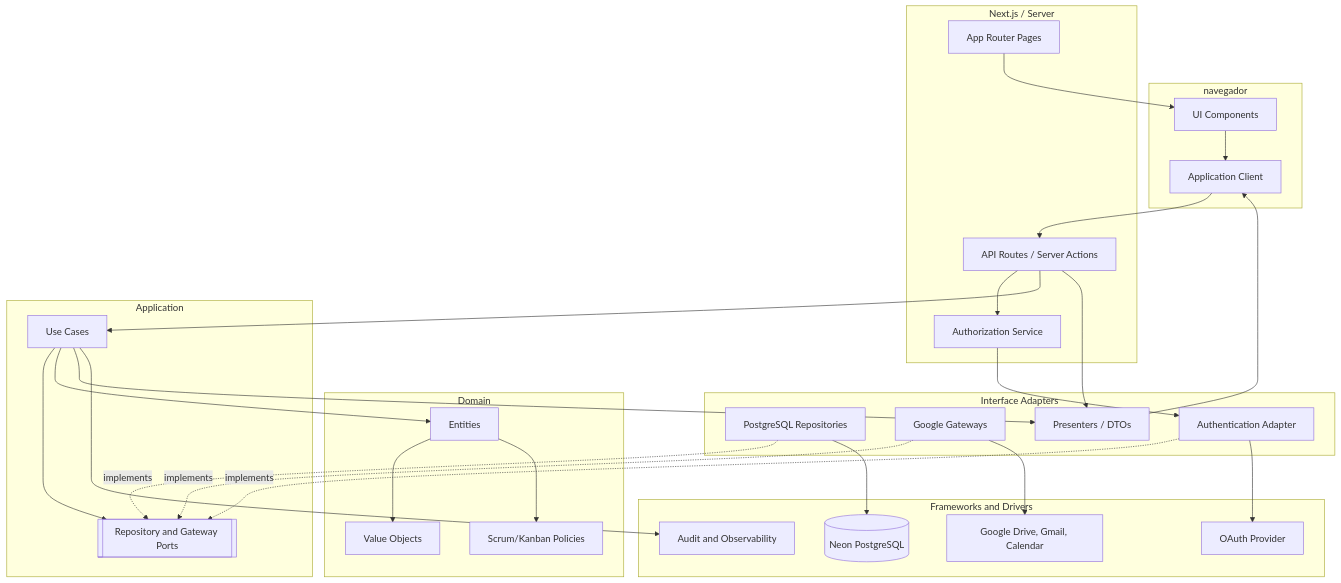
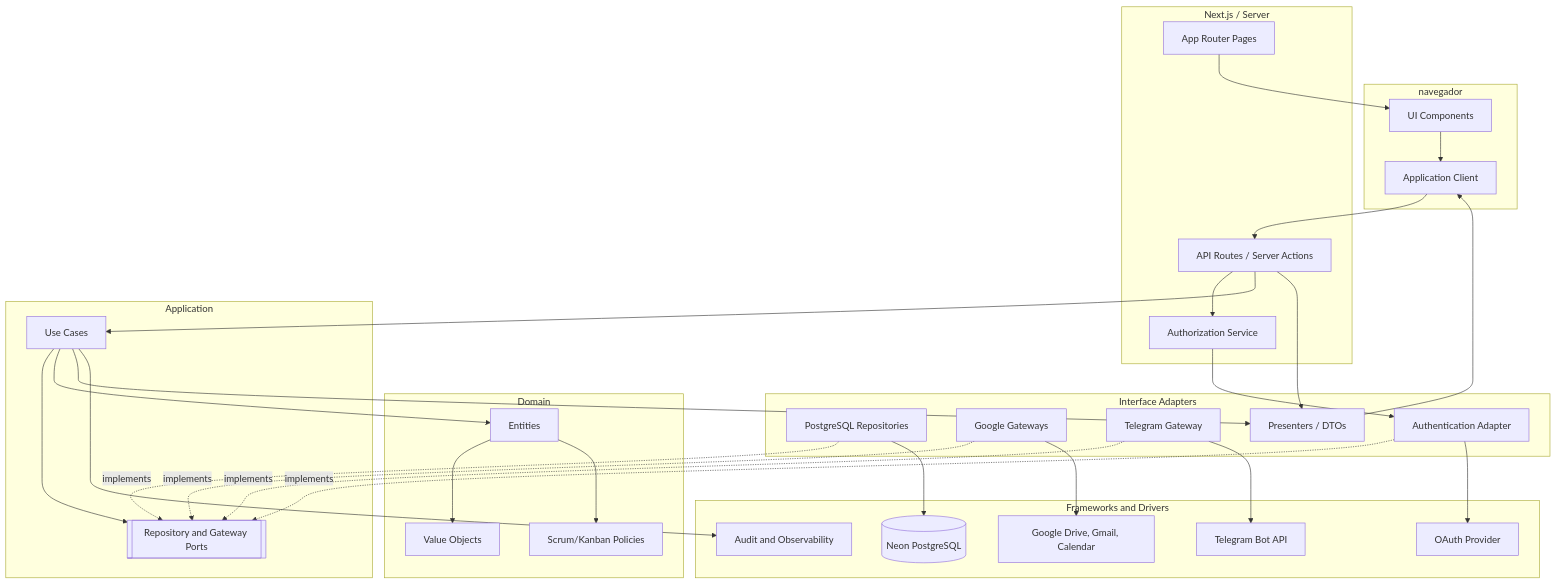
The first of 4 diagrams in docs/especificao-de-software/10-diagrama-de-componentes.md (LuHenRe/PETBSI-SCRUM), drawn with Mermaid before and after one commit. The commit also changed other lines of this file and 13 other files, not shown here.

````diff
--- a/docs/especificao-de-software/10-diagrama-de-componentes.md
+++ b/docs/especificao-de-software/10-diagrama-de-componentes.md
@@ -32,59 +34,63 @@
 ```mermaid
 flowchart TB
     subgraph Browser[ navegador ]
         UI[UI Components]
         Client[Application Client]
     end
 
     subgraph Next[Next.js / Server]
         Pages[App Router Pages]
         Routes[API Routes / Server Actions]
         Auth[Authorization Service]
     end
 
     subgraph App[Application]
         UseCases[Use Cases]
         Ports[[Repository and Gateway Ports]]
     end
 
     subgraph Domain[Domain]
         Entities[Entities]
         Values[Value Objects]
         Policies[Scrum/Kanban Policies]
     end
 
     subgraph Adapters[Interface Adapters]
         Repo[PostgreSQL Repositories]
         GoogleGateway[Google Gateways]
+        TelegramGateway[Telegram Gateway]
         AuthAdapter[Authentication Adapter]
         Presenter[Presenters / DTOs]
     end
 
     subgraph Drivers[Frameworks and Drivers]
         Neon[(Neon PostgreSQL)]
         Google[Google Drive, Gmail, Calendar]
+        Telegram[Telegram Bot API]
         OAuth[OAuth Provider]
         Audit[Audit and Observability]
     end
 
     UI --> Client
     Client --> Routes
     Pages --> UI
     Routes --> Auth
     Auth --> AuthAdapter
     Routes --> UseCases
     UseCases --> Ports
     UseCases --> Entities
     Entities --> Values
     Entities --> Policies
     UseCases --> Presenter
     Repo -. implements .-> Ports
     GoogleGateway -. implements .-> Ports
+    TelegramGateway -. implements .-> Ports
     AuthAdapter -. implements .-> Ports
     Repo --> Neon
     GoogleGateway --> Google
+    TelegramGateway --> Telegram
     AuthAdapter --> OAuth
     UseCases --> Audit
     Routes --> Presenter
     Presenter --> Client
 ```
````
